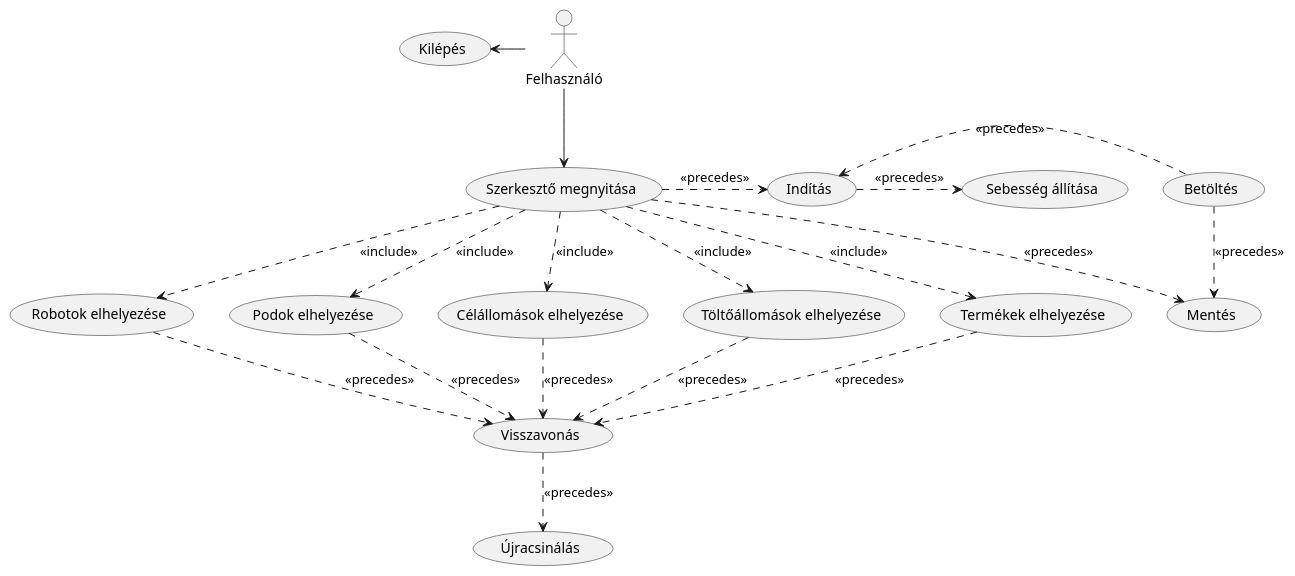
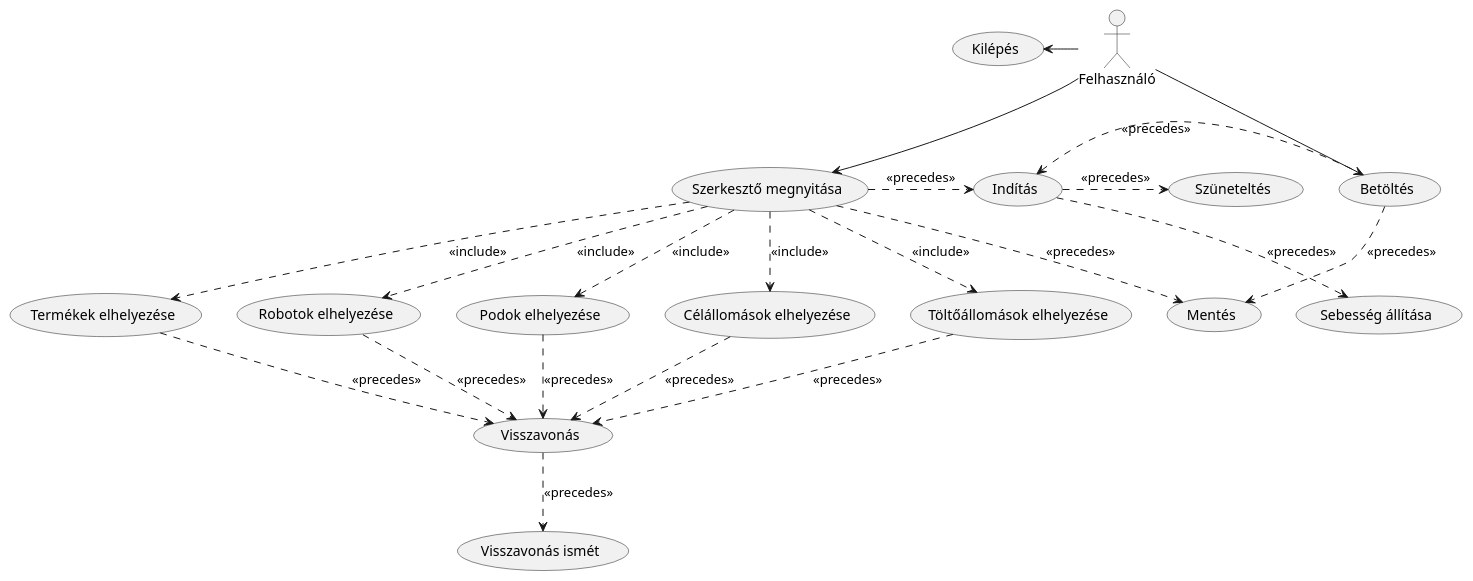
Before and after one commit to falcon-fx/warehouse-sim: the diagram in docs/use-case.md, drawn with PlantUML.

````diff
--- a/docs/use-case.md
+++ b/docs/use-case.md
@@ -1,37 +1,40 @@
 ```plantuml
 
 :Felhasználó: as User
 (Betöltés) as Load
 (Mentés) as Save
 (Indítás) as Start
+(Szüneteltés) as Pause
 (Sebesség állítása) as SetSpeed
 (Szerkesztő megnyitása) as OpenEditor
 (Robotok elhelyezése) as NewRobot
 (Podok elhelyezése) as NewPod
 (Célállomások elhelyezése) as NewDestination
 (Töltőállomások elhelyezése) as NewCharger
 (Termékek elhelyezése) as NewProduct
 (Visszavonás) as Undo
-(Újracsinálás) as Redo
+(Visszavonás ismét) as Redo
 
 (Kilépés) <- User
 User --> OpenEditor
+User -> Load
 
 OpenEditor ..> NewRobot : <<include>>
 OpenEditor ..> NewPod : <<include>>
 OpenEditor ..> NewDestination : <<include>>
 OpenEditor ..> NewCharger : <<include>>
 OpenEditor ..> NewProduct : <<include>>
 OpenEditor ..> Save : <<precedes>>
 NewRobot ..> Undo : <<precedes>>
 NewPod ..> Undo : <<precedes>>
 NewDestination ..> Undo : <<precedes>>
 NewCharger ..> Undo : <<precedes>>
 NewProduct ..> Undo : <<precedes>>
 Undo ..> Redo : <<precedes>>
 Load ..> Save : <<precedes>>
 OpenEditor .> Start : <<precedes>>
 Start <. Load : <<precedes>>
-Start .> SetSpeed : <<precedes>>
+Start ..> SetSpeed : <<precedes>>
+Start .> Pause : <<precedes>>
 
 ```
````
